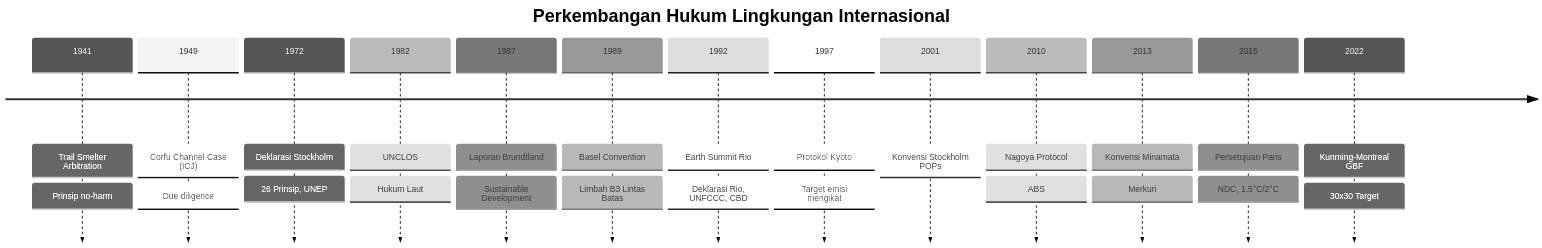
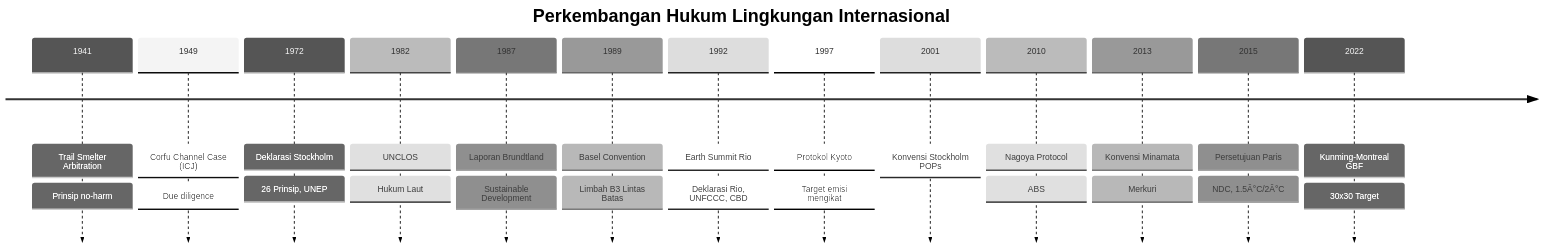
The first of 4 diagrams in content/01-Lingkungan/09_Hukum_Lingkungan_Internasional.md (movanet/mova-quartz), drawn with Mermaid (neutral theme) before and after one commit. The commit also changed other lines of this file and 171 other files, not shown here.

````diff
--- a/content/01-Lingkungan/09_Hukum_Lingkungan_Internasional.md
+++ b/content/01-Lingkungan/09_Hukum_Lingkungan_Internasional.md
@@ -82,29 +82,29 @@
 ```mermaid
 timeline
     title Perkembangan Hukum Lingkungan Internasional
     1941 : Trail Smelter Arbitration
          : Prinsip no-harm
     1949 : Corfu Channel Case (ICJ)
          : Due diligence
     1972 : Deklarasi Stockholm
          : 26 Prinsip, UNEP
     1982 : UNCLOS
          : Hukum Laut
     1987 : Laporan Brundtland
          : Sustainable Development
     1989 : Basel Convention
          : Limbah B3 Lintas Batas
     1992 : Earth Summit Rio
          : Deklarasi Rio, UNFCCC, CBD
     1997 : Protokol Kyoto
          : Target emisi mengikat
     2001 : Konvensi Stockholm POPs
     2010 : Nagoya Protocol
          : ABS
     2013 : Konvensi Minamata
          : Merkuri
     2015 : Persetujuan Paris
-         : NDC, 1.5°C/2°C
+         : NDC, 1.5Â°C/2Â°C
     2022 : Kunming-Montreal GBF
          : 30x30 Target
 ```
````
